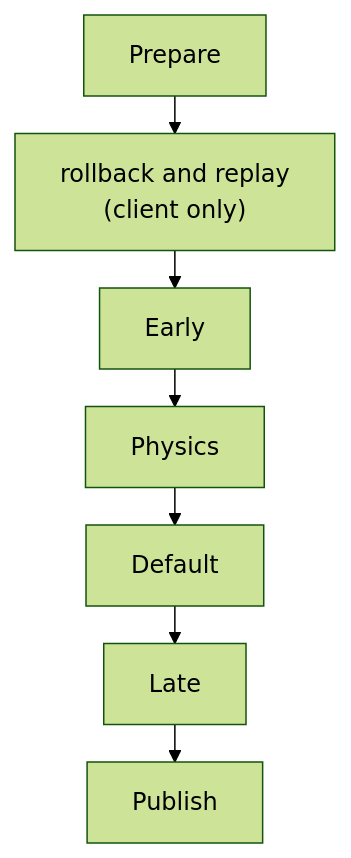
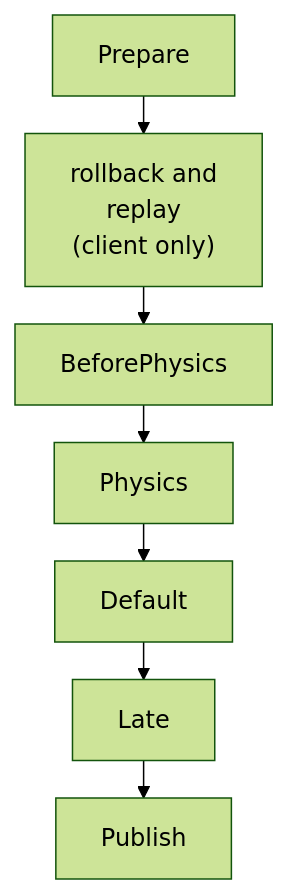
The fourth of 8 diagrams in README.md (pndte/match-please), drawn with Mermaid (forest theme) before and after one commit. The commit also changed other lines of this file, not shown here.

````diff
--- a/README.md
+++ b/README.md
@@ -498,15 +498,15 @@
 ```mermaid
 ---
 config:
   flowchart:
     htmlLabels: false
     rankSpacing: 25
 ---
 flowchart TB
-    P["Prepare"] --> R["rollback and replay<br/>(client only)"]
-    R --> E["Early"]
+    P["Prepare"] --> R["rollback and<br/>replay<br/>(client only)"]
+    R --> E["BeforePhysics"]
     E --> PH["Physics"]
     PH --> D["Default"]
     D --> L["Late"]
     L --> PB["Publish"]
 ```
````
